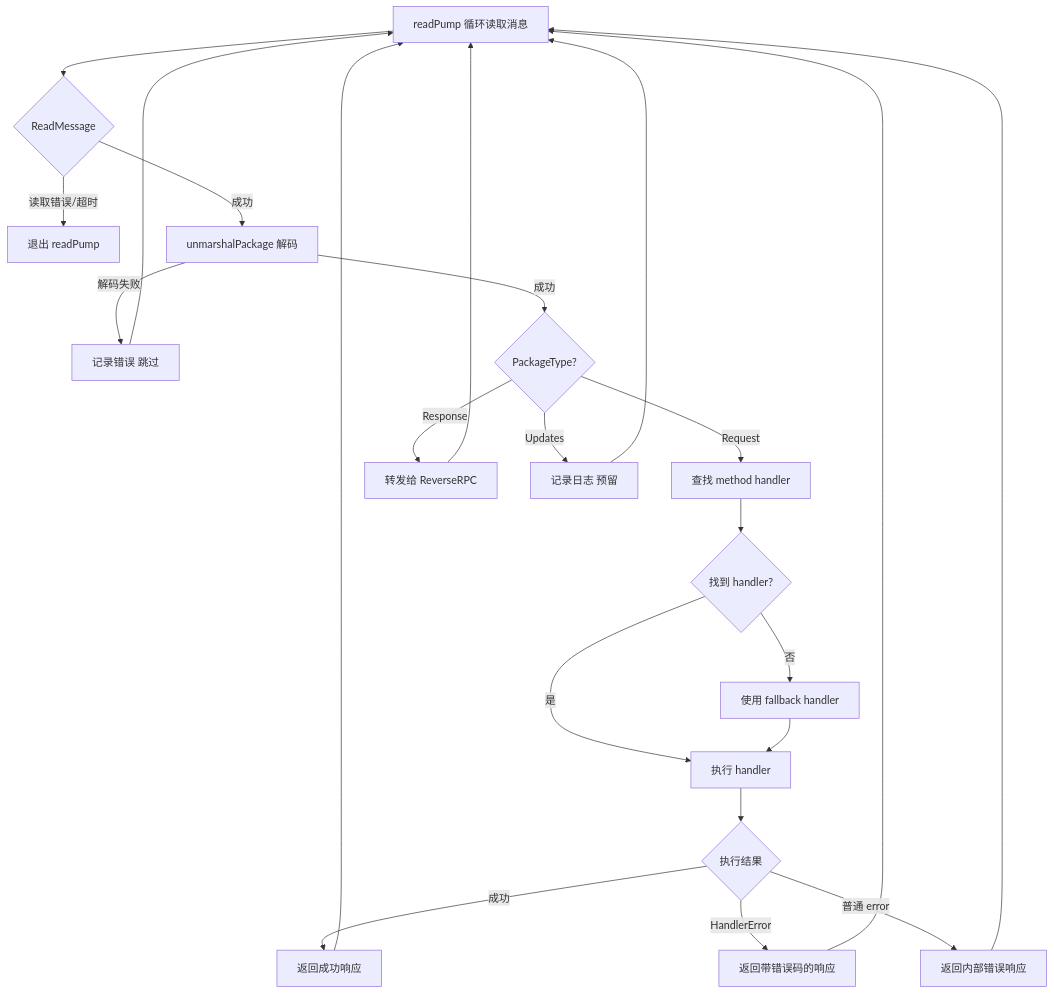
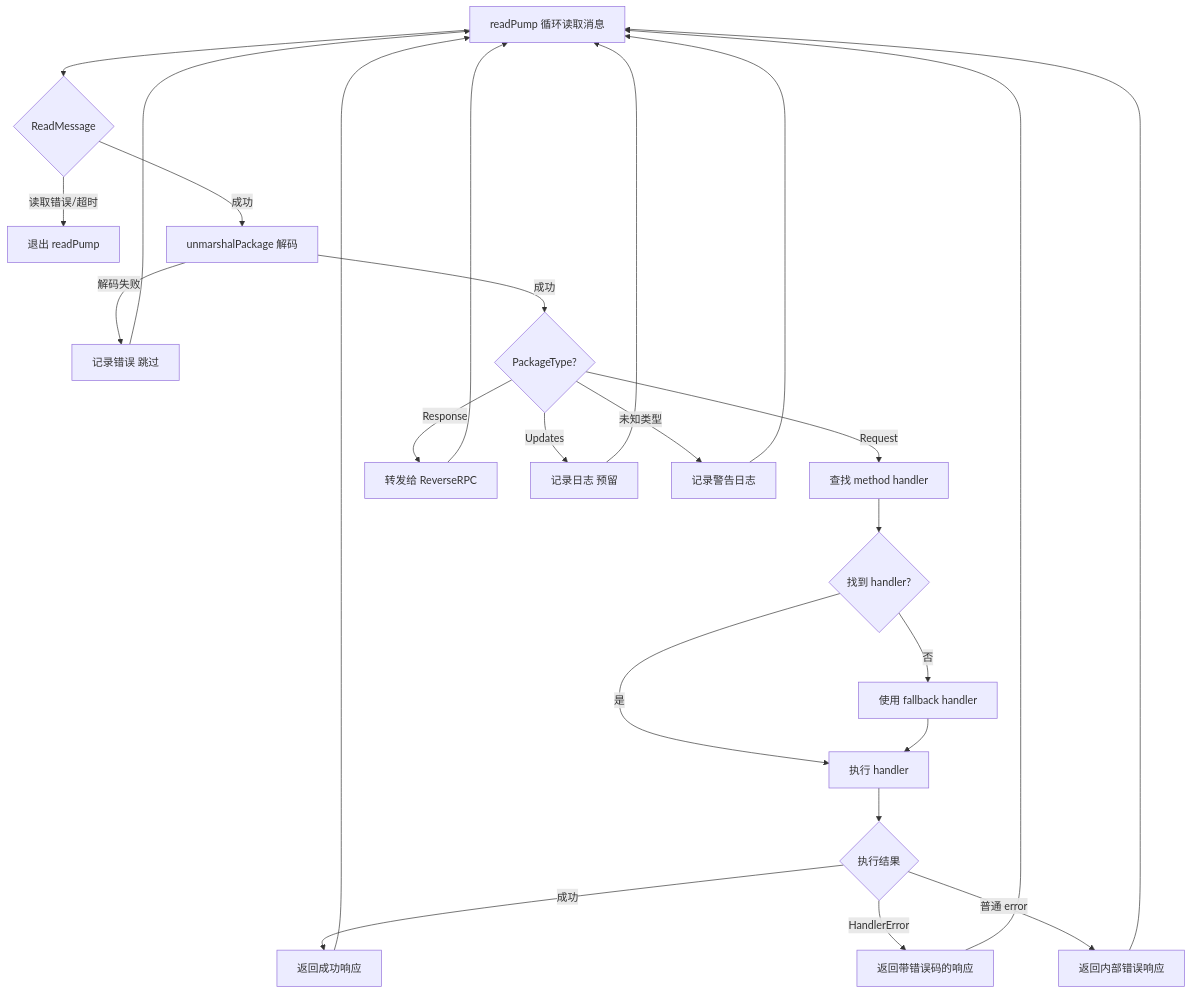
The third of 9 diagrams in wiki/flows/websocket.md (PineappleBond/xyncra-server), drawn with Mermaid before and after one commit. The commit also changed other lines of this file and 21 other files, not shown here.

Commit message:
docs(wiki): add edge cases and fix inaccuracies across all flow documents

````diff
--- a/wiki/flows/websocket.md
+++ b/wiki/flows/websocket.md
@@ -140,25 +140,27 @@
 ```mermaid
 flowchart TD
     A[readPump 循环读取消息] --> B{ReadMessage}
     B -->|读取错误/超时| C[退出 readPump]
     B -->|成功| D[unmarshalPackage 解码]
     D -->|解码失败| E[记录错误 跳过]
     D -->|成功| F{PackageType?}
     F -->|Request| G[查找 method handler]
     F -->|Response| H[转发给 ReverseRPC]
     F -->|Updates| I[记录日志 预留]
+    F -->|未知类型| J2[记录警告日志]
     E --> A
     H --> A
     I --> A
+    J2 --> A
     G --> J{找到 handler?}
     J -->|否| K[使用 fallback handler]
     J -->|是| L[执行 handler]
     K --> L
     L --> M{执行结果}
     M -->|成功| N[返回成功响应]
     M -->|HandlerError| O[返回带错误码的响应]
     M -->|普通 error| P[返回内部错误响应]
     N --> A
     O --> A
     P --> A
 ```
````
